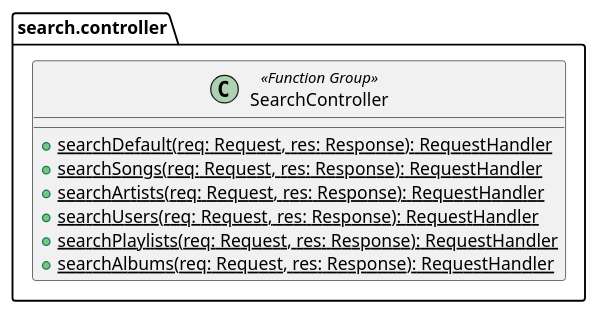
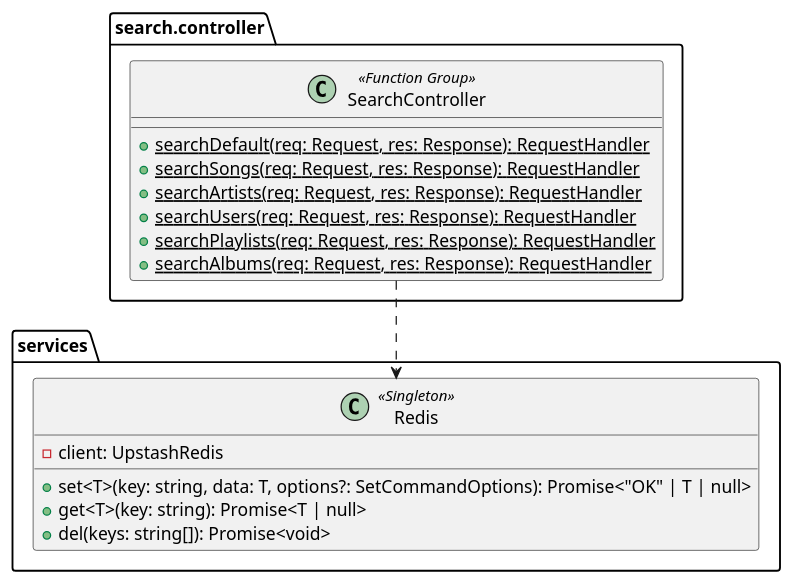
Before and after one commit to MusikStreaming/MusikStreamingBE: the diagram in diagrams/packages/controllers/search.puml, drawn with PlantUML. The commit also changed 19 other files, not shown here.

Commit message:
[UPDATE]: fixing class diagrams

```diff
--- a/diagrams/packages/controllers/search.puml
+++ b/diagrams/packages/controllers/search.puml
@@ -1,15 +1,27 @@
 @startuml
 
 set separator none
 package search.controller {
     class SearchController <<Function Group>> {
         + {static} searchDefault(req: Request, res: Response): RequestHandler
         + {static} searchSongs(req: Request, res: Response): RequestHandler
         + {static} searchArtists(req: Request, res: Response): RequestHandler
         + {static} searchUsers(req: Request, res: Response): RequestHandler
         + {static} searchPlaylists(req: Request, res: Response): RequestHandler
         + {static} searchAlbums(req: Request, res: Response): RequestHandler
     }
 }
 
+package services {
+    class Redis <<Singleton>> {
+        - client: UpstashRedis
+
+        + set<T>(key: string, data: T, options?: SetCommandOptions): Promise<"OK" | T | null>
+        + get<T>(key: string): Promise<T | null>
+        + del(keys: string[]): Promise<void>
+    }
+}
+
+SearchController ..> Redis
+
 @enduml
```
